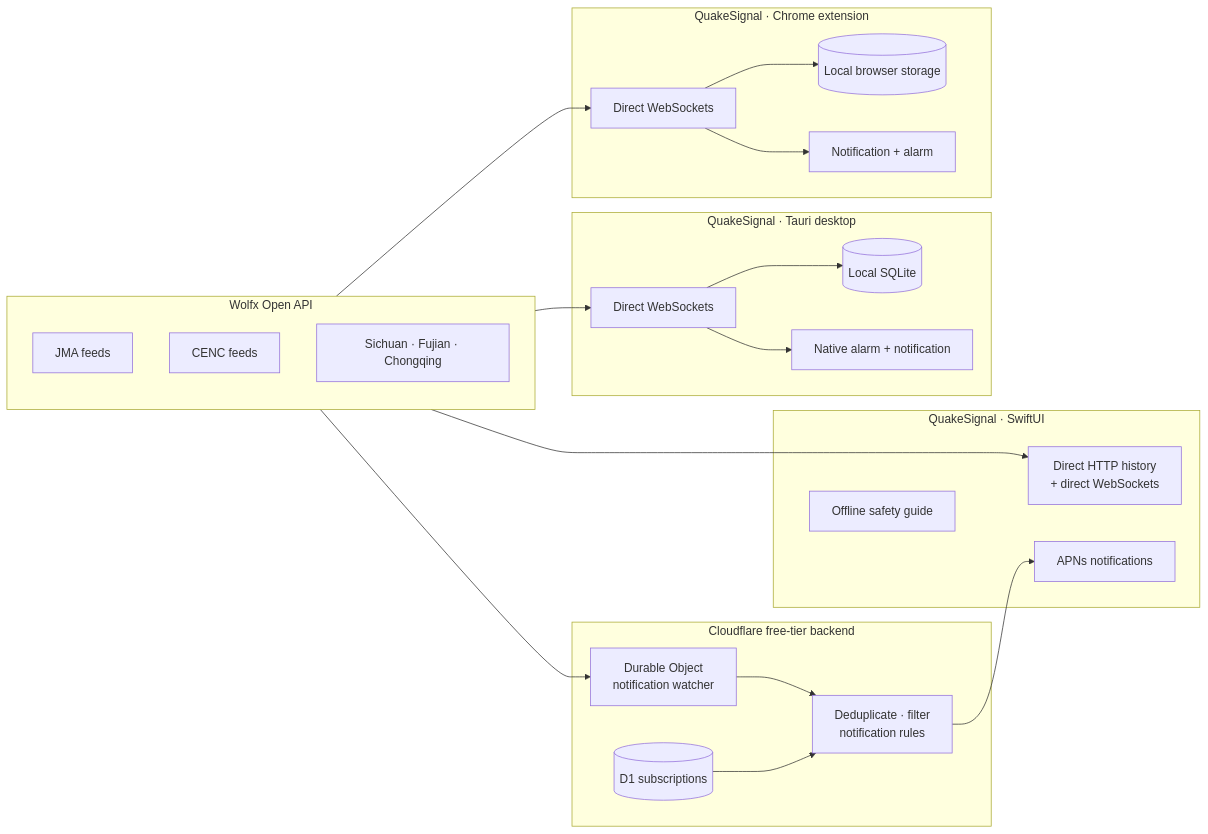
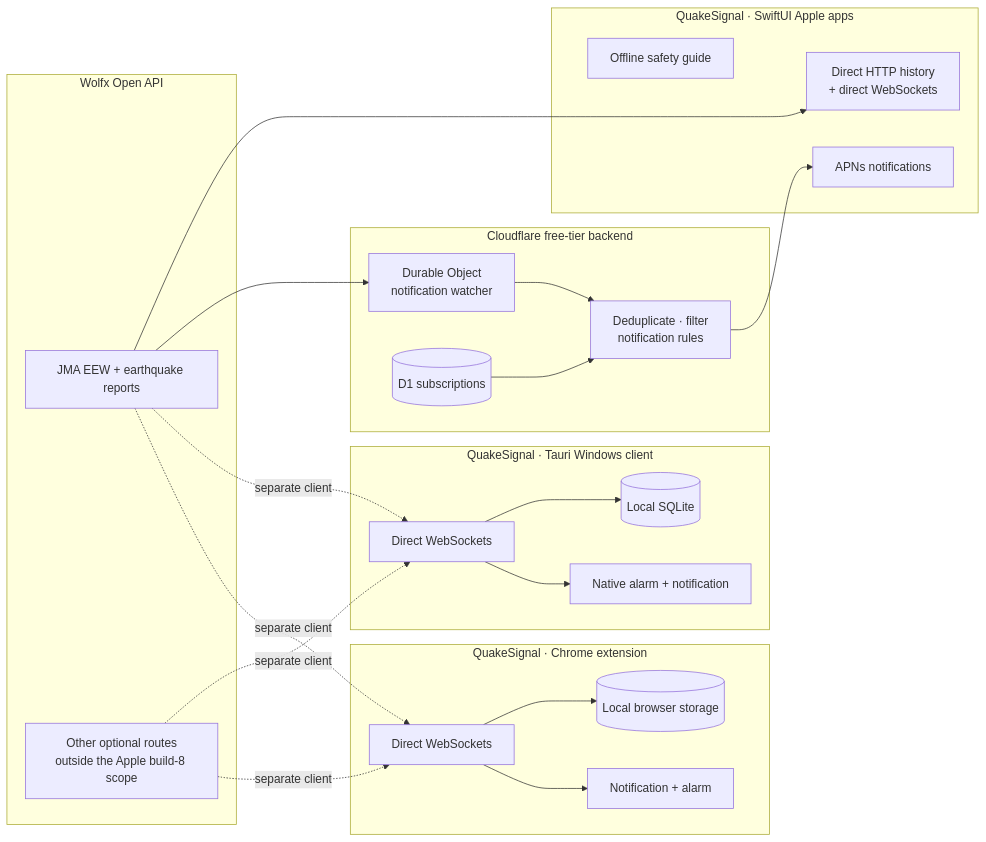
Before and after one commit to TastyHeadphones/QuakeSignal: the diagram in README.md, drawn with Mermaid. The commit also changed other lines of this file and 173 other files, not shown here.

Commit message:
Prepare native Apple build 8 release

````diff
--- a/README.md
+++ b/README.md
@@ -80,41 +85,42 @@
 ```mermaid
 flowchart LR
     subgraph Sources["Wolfx Open API"]
-        JMA["JMA feeds"]
-        CENC["CENC feeds"]
-        Regional["Sichuan · Fujian · Chongqing"]
+        JMA["JMA EEW + earthquake reports"]
+        Other["Other optional routes<br/>outside the Apple build-8 scope"]
     end
 
     subgraph Edge["Cloudflare free-tier backend"]
         Watcher["Durable Object<br/>notification watcher"]
         Filter["Deduplicate · filter<br/>notification rules"]
         DB[("D1 subscriptions")]
     end
 
-    subgraph App["QuakeSignal · SwiftUI"]
+    subgraph App["QuakeSignal · SwiftUI Apple apps"]
         Foreground["Direct HTTP history<br/>+ direct WebSockets"]
         Background["APNs notifications"]
         Guide["Offline safety guide"]
     end
 
-    subgraph Desktop["QuakeSignal · Tauri desktop"]
+    subgraph Desktop["QuakeSignal · Tauri Windows client"]
         Direct["Direct WebSockets"]
         Local[("Local SQLite")]
         NativeAlarm["Native alarm + notification"]
     end
 
     subgraph Chrome["QuakeSignal · Chrome extension"]
         BrowserDirect["Direct WebSockets"]
         BrowserLocal[("Local browser storage")]
         BrowserAlarm["Notification + alarm"]
     end
 
-    Sources --> Foreground
-    Sources --> Watcher --> Filter
+    JMA --> Foreground
+    JMA --> Watcher --> Filter
     DB --> Filter --> Background
     Guide --- App
-    Sources --> Direct --> Local
+    JMA -. separate client .-> Direct --> Local
+    Other -. separate client .-> Direct
     Direct --> NativeAlarm
-    Sources --> BrowserDirect --> BrowserLocal
+    JMA -. separate client .-> BrowserDirect --> BrowserLocal
+    Other -. separate client .-> BrowserDirect
     BrowserDirect --> BrowserAlarm
 ```
````
